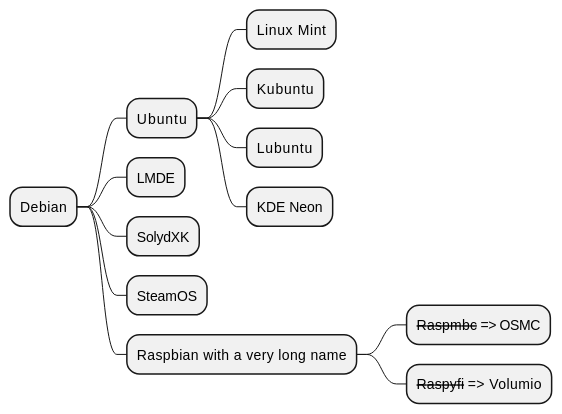
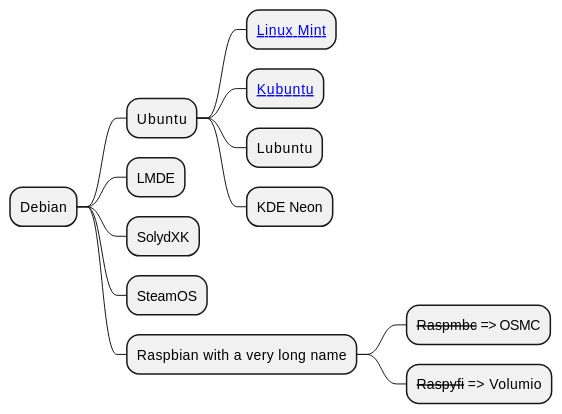
The third of 3 diagrams in src/app/articulos/ej_markdown/page.mdx (podemosaprender/web_publish_lib_dep), drawn with PlantUML before and after one commit.

Commit message:
OK: links en svg de plantuml

````diff
--- a/src/app/articulos/ej_markdown/page.mdx
+++ b/src/app/articulos/ej_markdown/page.mdx
@@ -63,18 +63,18 @@
 ```plantuml Mi Mindmap
 
 @startmindmap
 * Debian
 ** Ubuntu
-*** Linux Mint
-*** Kubuntu
+*** [[https://mauriciocap.com Linux Mint]]
+*** [[#titulo Kubuntu]]
 *** Lubuntu
 *** KDE Neon
 ** LMDE
 ** SolydXK
 ** SteamOS
 ** Raspbian with a very long name
 *** <s>Raspmbc</s> => OSMC
 *** <s>Raspyfi</s> => Volumio
 @endmindmap
 
 ```
````
